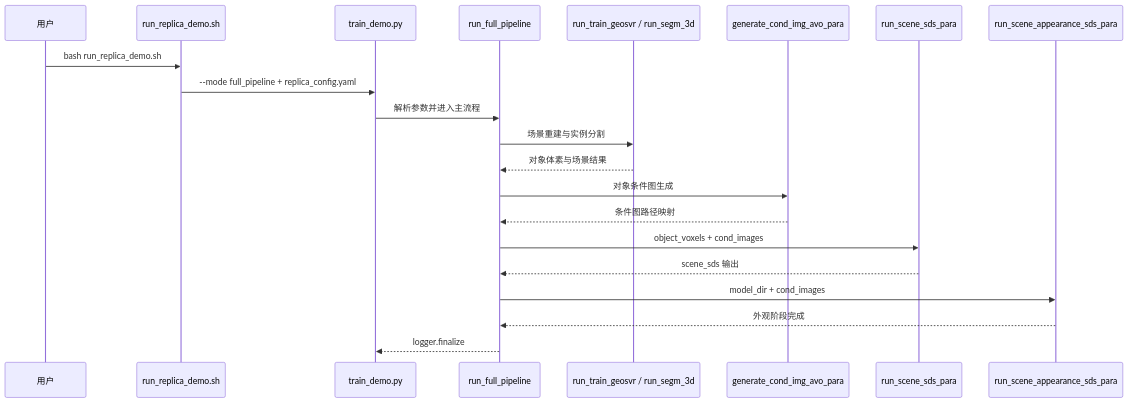
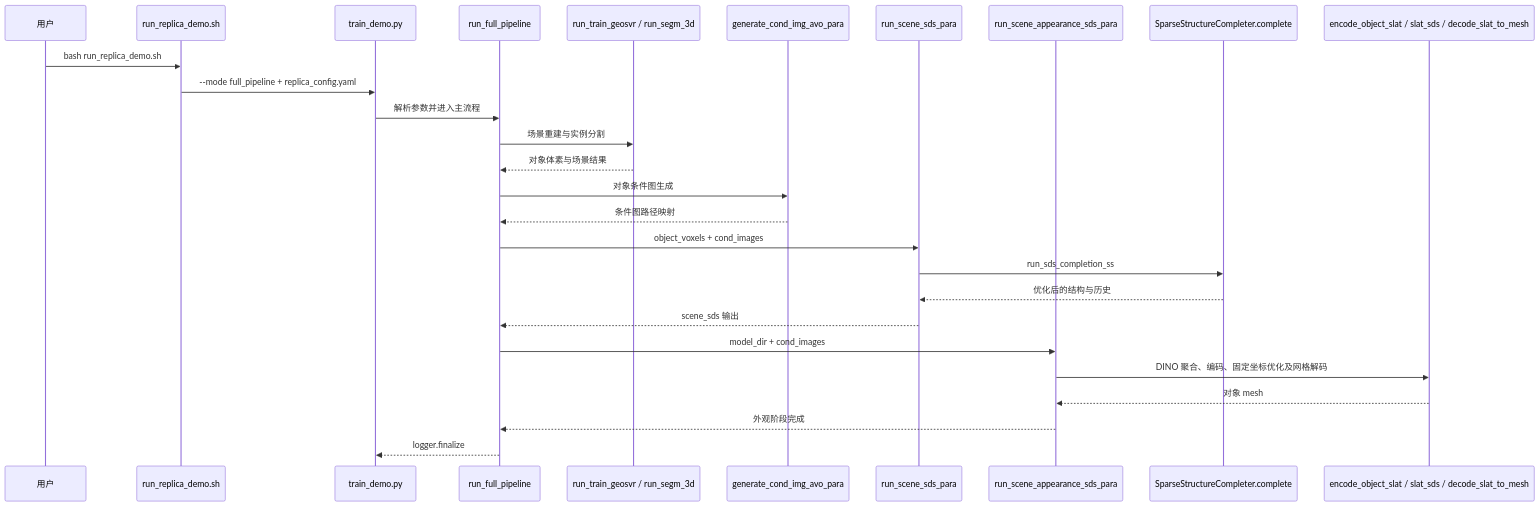
Before and after one commit to ImChong/Robotics_Notebooks: the second of 2 diagrams in wiki/entities/paper-decomvoxel.md, drawn with Mermaid. The commit also changed other lines of this file and 2 other files, not shown here.

Commit message:
fix(wiki): 通读 DecomVoxel 原文并核对几何与外观 SDS 核心实现

````diff
--- a/wiki/entities/paper-decomvoxel.md
+++ b/wiki/entities/paper-decomvoxel.md
@@ -112,23 +112,29 @@
 ```mermaid
 sequenceDiagram
   participant U as 用户
   participant SH as run_replica_demo.sh
   participant CLI as train_demo.py
   participant P as run_full_pipeline
   participant G as run_train_geosvr / run_segm_3d
   participant C as generate_cond_img_avo_para
   participant S as run_scene_sds_para
   participant A as run_scene_appearance_sds_para
+  participant SS as SparseStructureCompleter.complete
+  participant SL as encode_object_slat / slat_sds / decode_slat_to_mesh
   U->>SH: bash run_replica_demo.sh
   SH->>CLI: --mode full_pipeline + replica_config.yaml
   CLI->>P: 解析参数并进入主流程
   P->>G: 场景重建与实例分割
   G-->>P: 对象体素与场景结果
   P->>C: 对象条件图生成
   C-->>P: 条件图路径映射
   P->>S: object_voxels + cond_images
+  S->>SS: run_sds_completion_ss
+  SS-->>S: 优化后的结构与历史
   S-->>P: scene_sds 输出
   P->>A: model_dir + cond_images
+  A->>SL: DINO 聚合、编码、固定坐标优化及网格解码
+  SL-->>A: 对象 mesh
   A-->>P: 外观阶段完成
   P-->>CLI: logger.finalize
 ```
````
